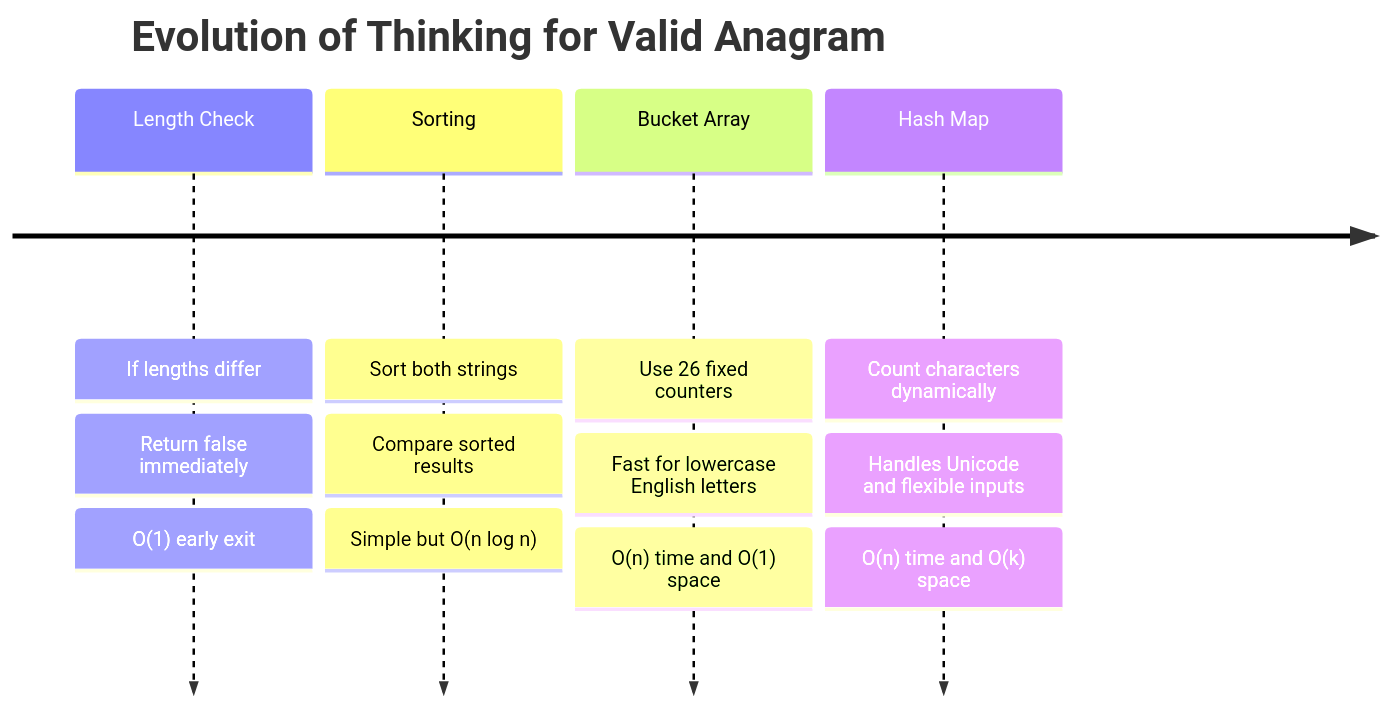
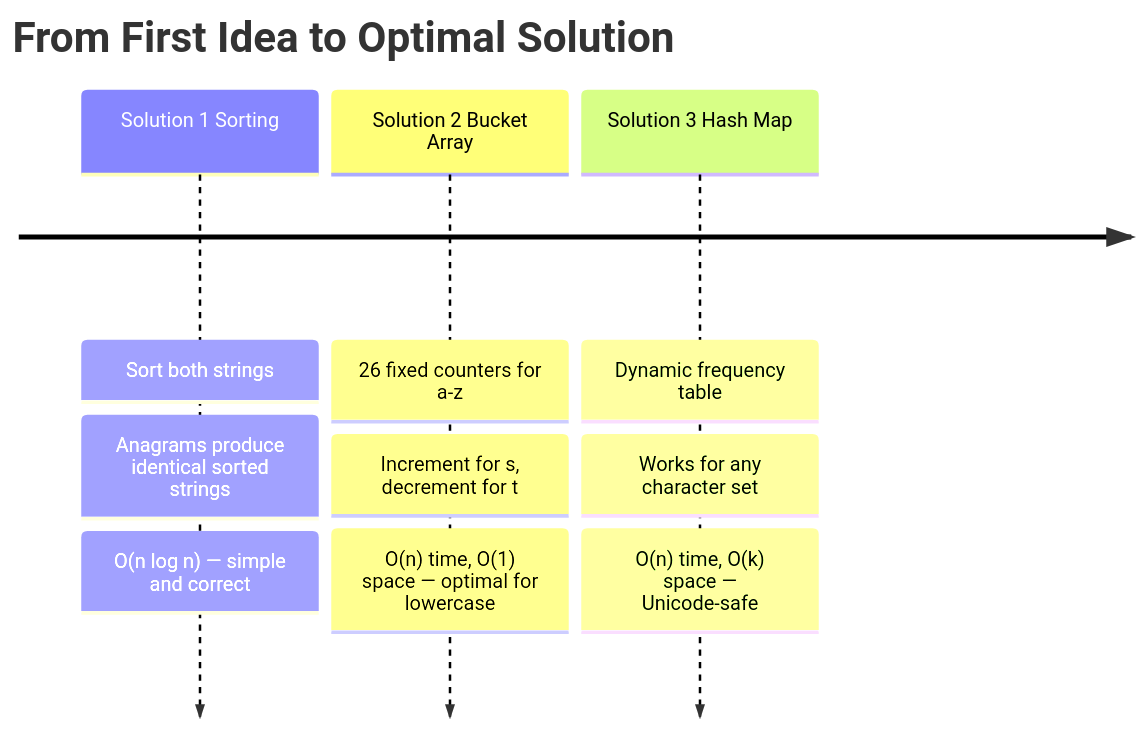
Before and after one commit to M-F-Tushar/LeetCode-Problem-Solving: the fourth of 15 diagrams in 03 - Valid Anagram/README.md, drawn with Mermaid. The commit also changed other lines of this file, not shown here.

````diff
--- a/03 - Valid Anagram/README.md
+++ b/03 - Valid Anagram/README.md
@@ -88,24 +110,19 @@
 ```mermaid
 timeline
-    title Evolution of Thinking for Valid Anagram
+    title From First Idea to Optimal Solution
 
-    Length Check
-        : If lengths differ
-        : Return false immediately
-        : O(1) early exit
+    Solution 1 Sorting
+        : Sort both strings
+        : Anagrams produce identical sorted strings
+        : O(n log n) — simple and correct
 
-    Sorting
-        : Sort both strings
-        : Compare sorted results
-        : Simple but O(n log n)
+    Solution 2 Bucket Array
+        : 26 fixed counters for a-z
+        : Increment for s, decrement for t
+        : O(n) time, O(1) space — optimal for lowercase
 
-    Bucket Array
-        : Use 26 fixed counters
-        : Fast for lowercase English letters
-        : O(n) time and O(1) space
-
-    Hash Map
-        : Count characters dynamically
-        : Handles Unicode and flexible inputs
-        : O(n) time and O(k) space
+    Solution 3 Hash Map
+        : Dynamic frequency table
+        : Works for any character set
+        : O(n) time, O(k) space — Unicode-safe
 ```
````
